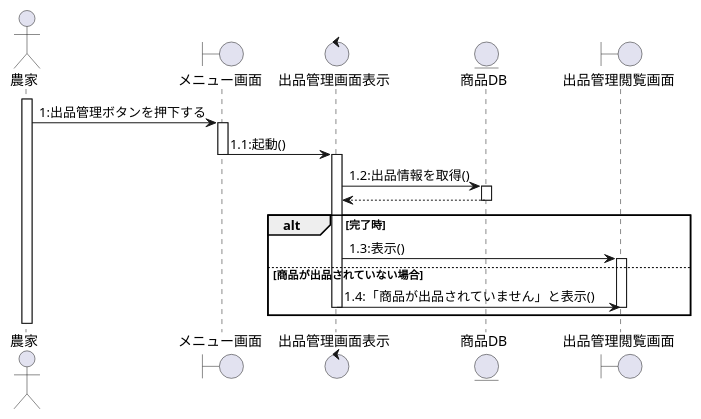
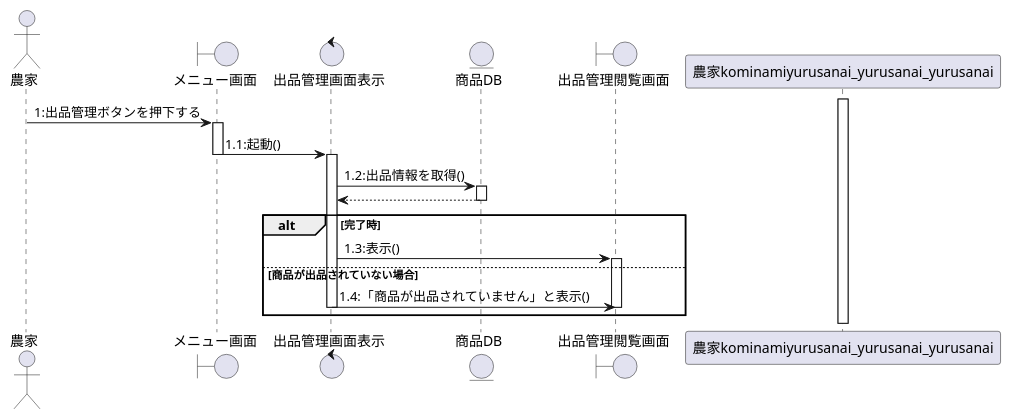
The diagram in シーケンス_農家/出品管理閲覧.wsd (T-kouki/local-vege-link), drawn with PlantUML before and after one commit.

Commit message:
kominami_butikomukarana

```diff
--- a/シーケンス_農家/出品管理閲覧.wsd
+++ b/シーケンス_農家/出品管理閲覧.wsd
@@ -2,31 +2,33 @@
 @startuml
 actor 農家
 boundary メニュー画面
 control 出品管理画面表示
 entity 商品DB
 boundary 出品管理閲覧画面
 
-activate 農家
+
+
+activate 農家kominamiyurusanai_yurusanai_yurusanai
 農家 -> メニュー画面:1:出品管理ボタンを押下する
 activate メニュー画面
 メニュー画面 -> 出品管理画面表示:1.1:起動()
 deactivate メニュー画面
 activate 出品管理画面表示
 
 出品管理画面表示 -> 商品DB:1.2:出品情報を取得()
 activate 商品DB
 商品DB --> 出品管理画面表示
 deactivate 商品DB
 
 alt 完了時
 出品管理画面表示 -> 出品管理閲覧画面:1.3:表示()
 activate 出品管理閲覧画面
 
 else 商品が出品されていない場合
 出品管理画面表示 -> 出品管理閲覧画面:1.4:「商品が出品されていません」と表示()
 deactivate 出品管理画面表示
 deactivate 出品管理閲覧画面
 end
 
 
 @enduml
```
